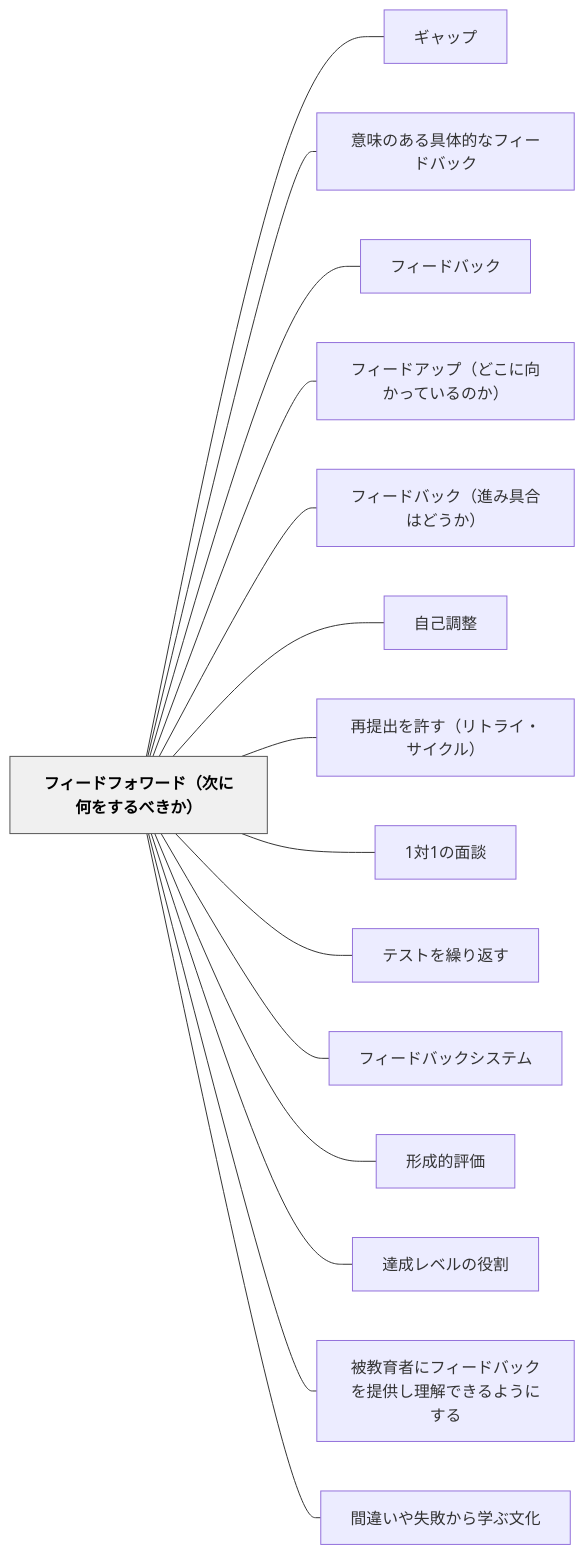
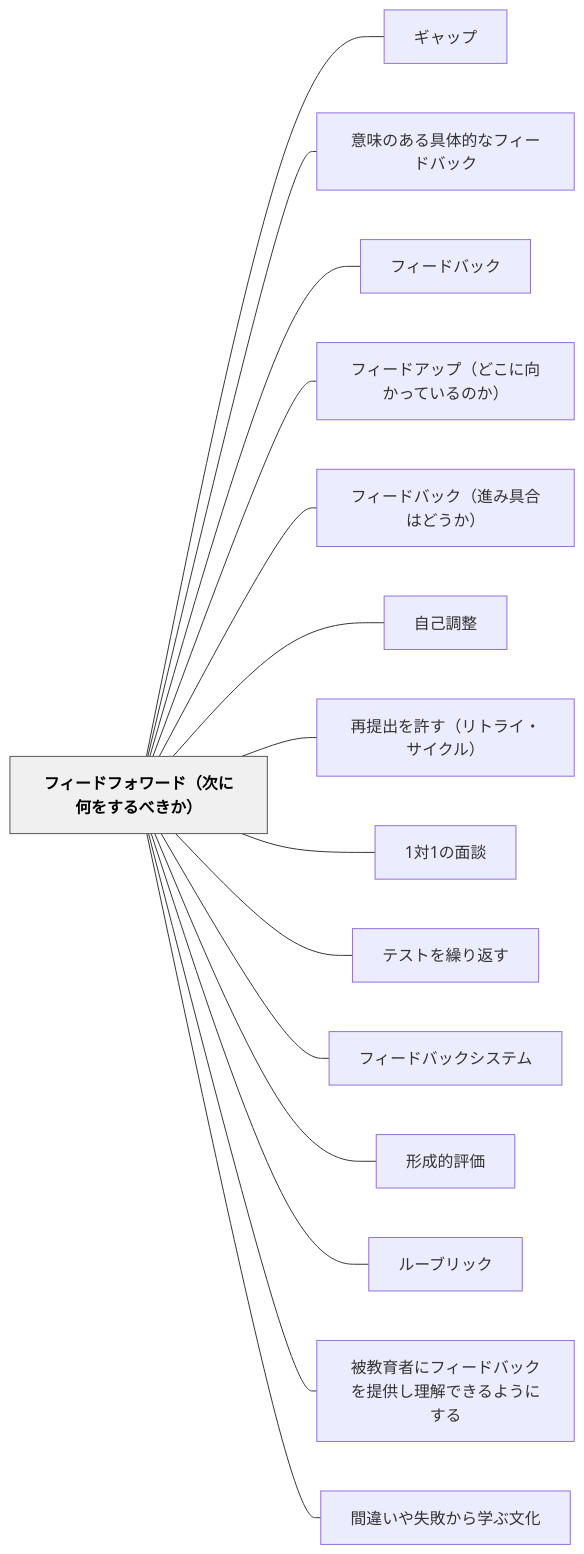
The diagram in content/パタン/フィードフォワード（次に何をするべきか）.md (unknownthings-ed-patterns/unknownthings-ed-patterns), drawn with Mermaid before and after one commit. The commit also changed other lines of this file and 26 other files, not shown here.

````diff
--- a/content/パタン/フィードフォワード（次に何をするべきか）.md
+++ b/content/パタン/フィードフォワード（次に何をするべきか）.md
@@ -92,36 +92,36 @@
 ```mermaid
 flowchart LR
     ne38395e382a3e383bce38389e38395e382a9e383afe383bce38389efbc88e6aca1e381abe4bd95e38292e38199e3828be381b9e3818de3818befbc89["フィードフォワード（次に何をするべきか）"]
     ne382aee383a3e38383e38397["ギャップ"]
     ne6848fe591b3e381aee38182e3828be585b7e4bd93e79a84e381aae38395e382a3e383bce38389e38390e38383e382af["意味のある具体的なフィードバック"]
     ne38395e382a3e383bce38389e38390e38383e382af["フィードバック"]
     ne38395e382a3e383bce38389e382a2e38383e38397efbc88e381a9e38193e381abe59091e3818be381a3e381a6e38184e3828be381aee3818befbc89["フィードアップ（どこに向かっているのか）"]
     ne38395e382a3e383bce38389e38390e38383e382afefbc88e980b2e381bfe585b7e59088e381afe381a9e38186e3818befbc89["フィードバック（進み具合はどうか）"]
     ne887aae5b7b1e8aabfe695b4["自己調整"]
     ne5868de68f90e587bae38292e8a8b1e38199efbc88e383aae38388e383a9e382a4e383bbe382b5e382a4e382afe383abefbc89["再提出を許す（リトライ・サイクル）"]
     n31e5afbe31e381aee99da2e8ab87["1対1の面談"]
     ne38386e382b9e38388e38292e7b9b0e3828ae8bf94e38199["テストを繰り返す"]
     ne38395e382a3e383bce38389e38390e38383e382afe382b7e382b9e38386e383a0["フィードバックシステム"]
     ne5bda2e68890e79a84e8a995e4bea1["形成的評価"]
-    ne98194e68890e383ace38399e383abe381aee5bdb9e589b2["達成レベルの役割"]
+    ne383abe383bce38396e383aae38383e382af["ルーブリック"]
     ne8a2abe69599e882b2e88085e381abe38395e382a3e383bce38389e38390e38383e382afe38292e68f90e4be9be38197e79086e8a7a3e381a7e3818de3828be38288e38186e381abe38199e3828b["被教育者にフィードバックを提供し理解できるようにする"]
     ne99693e98195e38184e38284e5a4b1e69597e3818be38289e5ada6e381b6e69687e58c96["間違いや失敗から学ぶ文化"]
 
     ne38395e382a3e383bce38389e38395e382a9e383afe383bce38389efbc88e6aca1e381abe4bd95e38292e38199e3828be381b9e3818de3818befbc89 --- ne382aee383a3e38383e38397
     ne38395e382a3e383bce38389e38395e382a9e383afe383bce38389efbc88e6aca1e381abe4bd95e38292e38199e3828be381b9e3818de3818befbc89 --- ne6848fe591b3e381aee38182e3828be585b7e4bd93e79a84e381aae38395e382a3e383bce38389e38390e38383e382af
     ne38395e382a3e383bce38389e38395e382a9e383afe383bce38389efbc88e6aca1e381abe4bd95e38292e38199e3828be381b9e3818de3818befbc89 --- ne38395e382a3e383bce38389e38390e38383e382af
     ne38395e382a3e383bce38389e38395e382a9e383afe383bce38389efbc88e6aca1e381abe4bd95e38292e38199e3828be381b9e3818de3818befbc89 --- ne38395e382a3e383bce38389e382a2e38383e38397efbc88e381a9e38193e381abe59091e3818be381a3e381a6e38184e3828be381aee3818befbc89
     ne38395e382a3e383bce38389e38395e382a9e383afe383bce38389efbc88e6aca1e381abe4bd95e38292e38199e3828be381b9e3818de3818befbc89 --- ne38395e382a3e383bce38389e38390e38383e382afefbc88e980b2e381bfe585b7e59088e381afe381a9e38186e3818befbc89
     ne38395e382a3e383bce38389e38395e382a9e383afe383bce38389efbc88e6aca1e381abe4bd95e38292e38199e3828be381b9e3818de3818befbc89 --- ne887aae5b7b1e8aabfe695b4
     ne38395e382a3e383bce38389e38395e382a9e383afe383bce38389efbc88e6aca1e381abe4bd95e38292e38199e3828be381b9e3818de3818befbc89 --- ne5868de68f90e587bae38292e8a8b1e38199efbc88e383aae38388e383a9e382a4e383bbe382b5e382a4e382afe383abefbc89
     ne38395e382a3e383bce38389e38395e382a9e383afe383bce38389efbc88e6aca1e381abe4bd95e38292e38199e3828be381b9e3818de3818befbc89 --- n31e5afbe31e381aee99da2e8ab87
     ne38395e382a3e383bce38389e38395e382a9e383afe383bce38389efbc88e6aca1e381abe4bd95e38292e38199e3828be381b9e3818de3818befbc89 --- ne38386e382b9e38388e38292e7b9b0e3828ae8bf94e38199
     ne38395e382a3e383bce38389e38395e382a9e383afe383bce38389efbc88e6aca1e381abe4bd95e38292e38199e3828be381b9e3818de3818befbc89 --- ne38395e382a3e383bce38389e38390e38383e382afe382b7e382b9e38386e383a0
     ne38395e382a3e383bce38389e38395e382a9e383afe383bce38389efbc88e6aca1e381abe4bd95e38292e38199e3828be381b9e3818de3818befbc89 --- ne5bda2e68890e79a84e8a995e4bea1
-    ne38395e382a3e383bce38389e38395e382a9e383afe383bce38389efbc88e6aca1e381abe4bd95e38292e38199e3828be381b9e3818de3818befbc89 --- ne98194e68890e383ace38399e383abe381aee5bdb9e589b2
+    ne38395e382a3e383bce38389e38395e382a9e383afe383bce38389efbc88e6aca1e381abe4bd95e38292e38199e3828be381b9e3818de3818befbc89 --- ne383abe383bce38396e383aae38383e382af
     ne38395e382a3e383bce38389e38395e382a9e383afe383bce38389efbc88e6aca1e381abe4bd95e38292e38199e3828be381b9e3818de3818befbc89 --- ne8a2abe69599e882b2e88085e381abe38395e382a3e383bce38389e38390e38383e382afe38292e68f90e4be9be38197e79086e8a7a3e381a7e3818de3828be38288e38186e381abe38199e3828b
     ne38395e382a3e383bce38389e38395e382a9e383afe383bce38389efbc88e6aca1e381abe4bd95e38292e38199e3828be381b9e3818de3818befbc89 --- ne99693e98195e38184e38284e5a4b1e69597e3818be38289e5ada6e381b6e69687e58c96
 
     classDef hub fill:#f0f0f0,stroke:#555,color:#000,font-weight:bold
     class ne38395e382a3e383bce38389e38395e382a9e383afe383bce38389efbc88e6aca1e381abe4bd95e38292e38199e3828be381b9e3818de3818befbc89 hub
 ```
````
